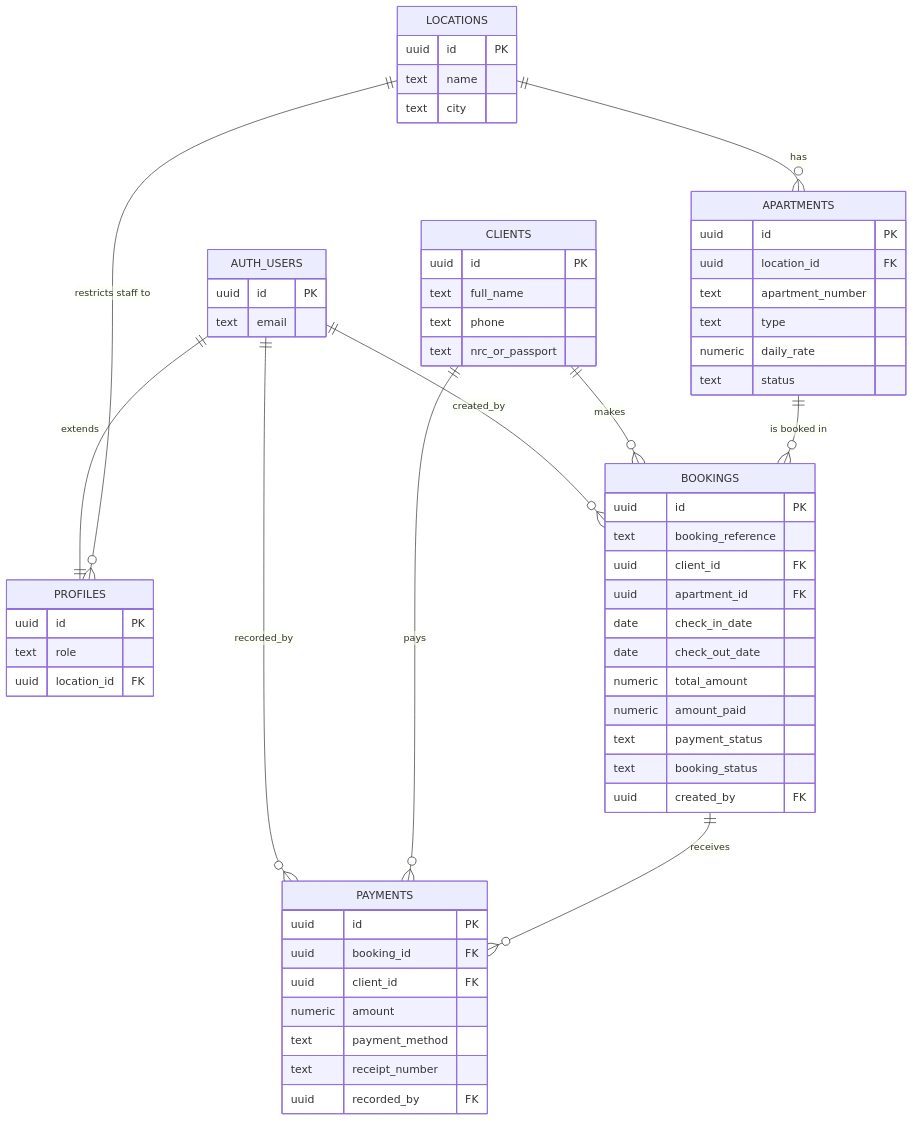
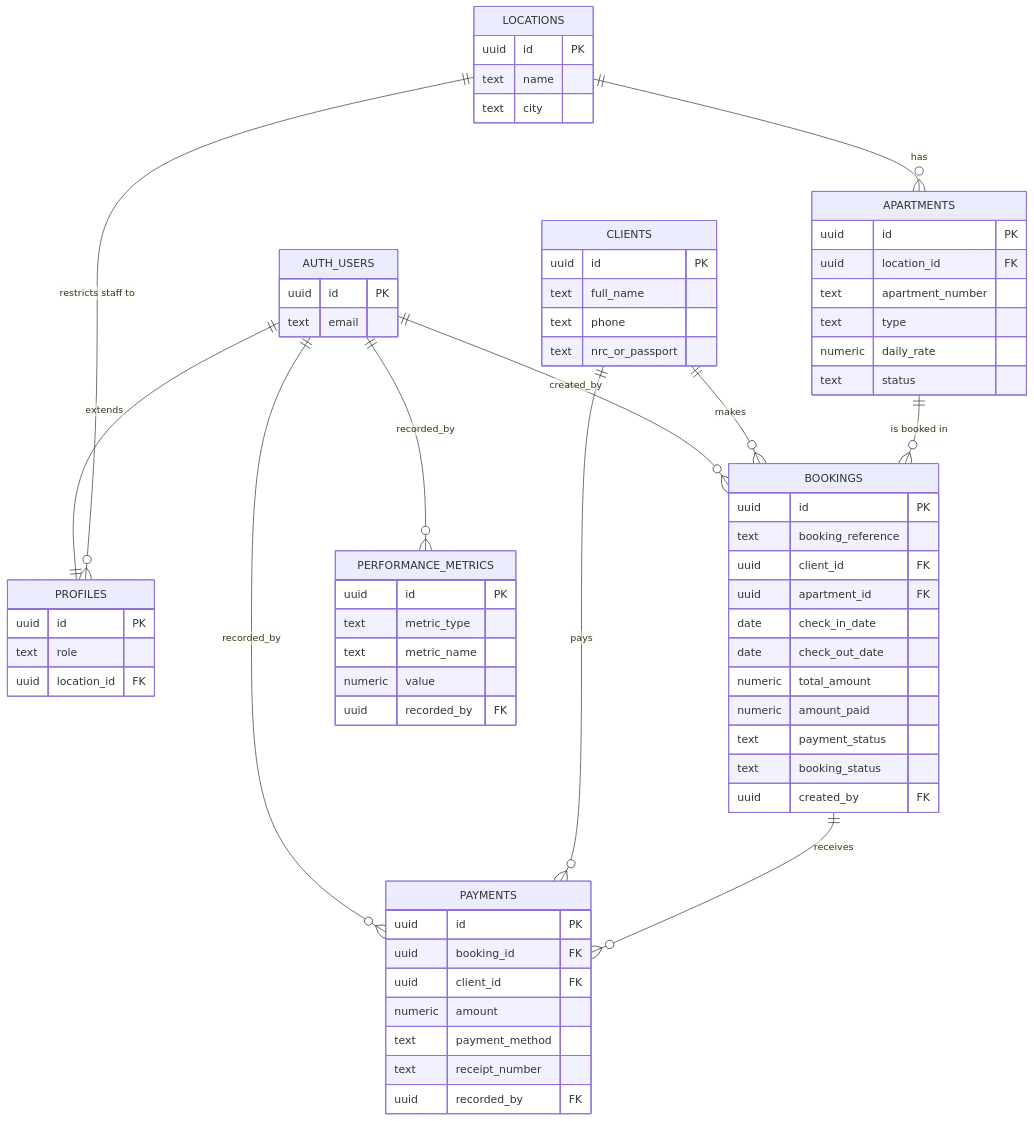
Before and after one commit to Enge1ka/Vk_apartments: the diagram in docs/database.md, drawn with Mermaid. The commit also changed other lines of this file and 29 other files, not shown here.

````diff
--- a/docs/database.md
+++ b/docs/database.md
@@ -16,63 +17,71 @@
 ```mermaid
 erDiagram
     LOCATIONS ||--o{ APARTMENTS : "has"
     LOCATIONS ||--o{ PROFILES : "restricts staff to"
     APARTMENTS ||--o{ BOOKINGS : "is booked in"
     CLIENTS ||--o{ BOOKINGS : "makes"
     BOOKINGS ||--o{ PAYMENTS : "receives"
     CLIENTS ||--o{ PAYMENTS : "pays"
     AUTH_USERS ||--|| PROFILES : "extends"
     AUTH_USERS ||--o{ BOOKINGS : "created_by"
     AUTH_USERS ||--o{ PAYMENTS : "recorded_by"
+    AUTH_USERS ||--o{ PERFORMANCE_METRICS : "recorded_by"
 
     LOCATIONS {
         uuid id PK
         text name
         text city
     }
     APARTMENTS {
         uuid id PK
         uuid location_id FK
         text apartment_number
         text type
         numeric daily_rate
         text status
     }
     CLIENTS {
         uuid id PK
         text full_name
         text phone
         text nrc_or_passport
     }
     BOOKINGS {
         uuid id PK
         text booking_reference
         uuid client_id FK
         uuid apartment_id FK
         date check_in_date
         date check_out_date
         numeric total_amount
         numeric amount_paid
         text payment_status
         text booking_status
         uuid created_by FK
     }
     PAYMENTS {
         uuid id PK
         uuid booking_id FK
         uuid client_id FK
         numeric amount
         text payment_method
         text receipt_number
         uuid recorded_by FK
     }
     PROFILES {
         uuid id PK
         text role
         uuid location_id FK
     }
     AUTH_USERS {
         uuid id PK
         text email
     }
+    PERFORMANCE_METRICS {
+        uuid id PK
+        text metric_type
+        text metric_name
+        numeric value
+        uuid recorded_by FK
+    }
 ```
````
